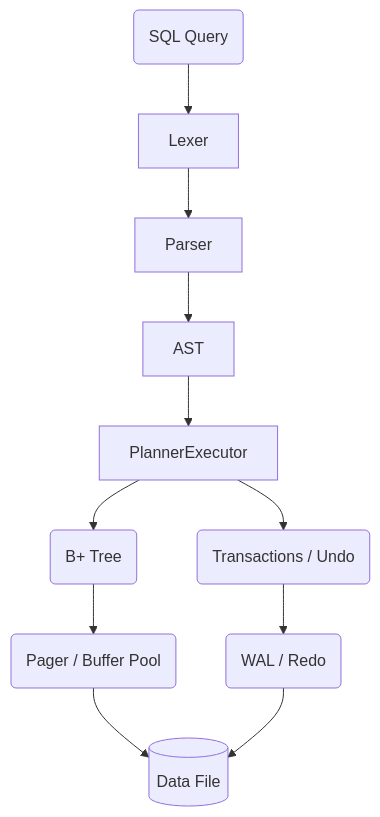
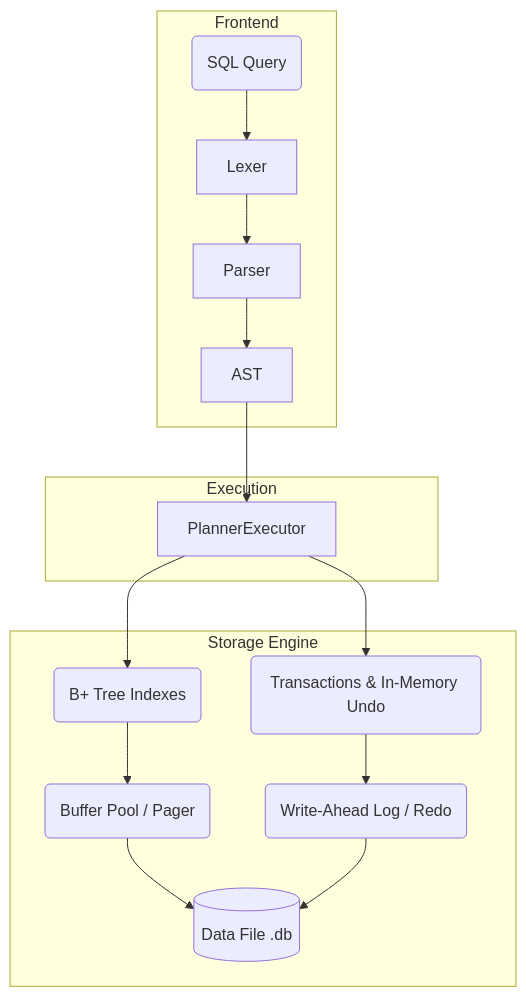
The diagram in README.md (Luv-Goel/minidb), drawn with Mermaid before and after one commit. The commit also changed other lines of this file and 1 other file, not shown here.

Commit message:
docs: greatly expand README with deep dive and architecture details

````diff
--- a/README.md
+++ b/README.md
@@ -19,16 +32,23 @@
 ```mermaid
 flowchart TD
-    SQL(SQL Query) --> Lexer
-    Lexer --> Parser
-    Parser --> AST
-    AST --> PlannerExecutor
+    subgraph Frontend
+        SQL(SQL Query) --> Lexer
+        Lexer --> Parser
+        Parser --> AST
+    end
     
-    PlannerExecutor --> BTree(B+ Tree)
-    PlannerExecutor --> Tx(Transactions / Undo)
+    subgraph Execution
+        AST --> PlannerExecutor
+    end
     
-    BTree --> Pager(Pager / Buffer Pool)
-    Tx --> WAL(WAL / Redo)
-    
-    Pager --> Disk[(Data File)]
-    WAL --> Disk
+    subgraph Storage Engine
+        PlannerExecutor --> BTree(B+ Tree Indexes)
+        PlannerExecutor --> Tx(Transactions & In-Memory Undo)
+        
+        BTree --> Pager(Buffer Pool / Pager)
+        Tx --> WAL(Write-Ahead Log / Redo)
+        
+        Pager --> Disk[(Data File .db)]
+        WAL --> Disk
+    end
 ```
````
